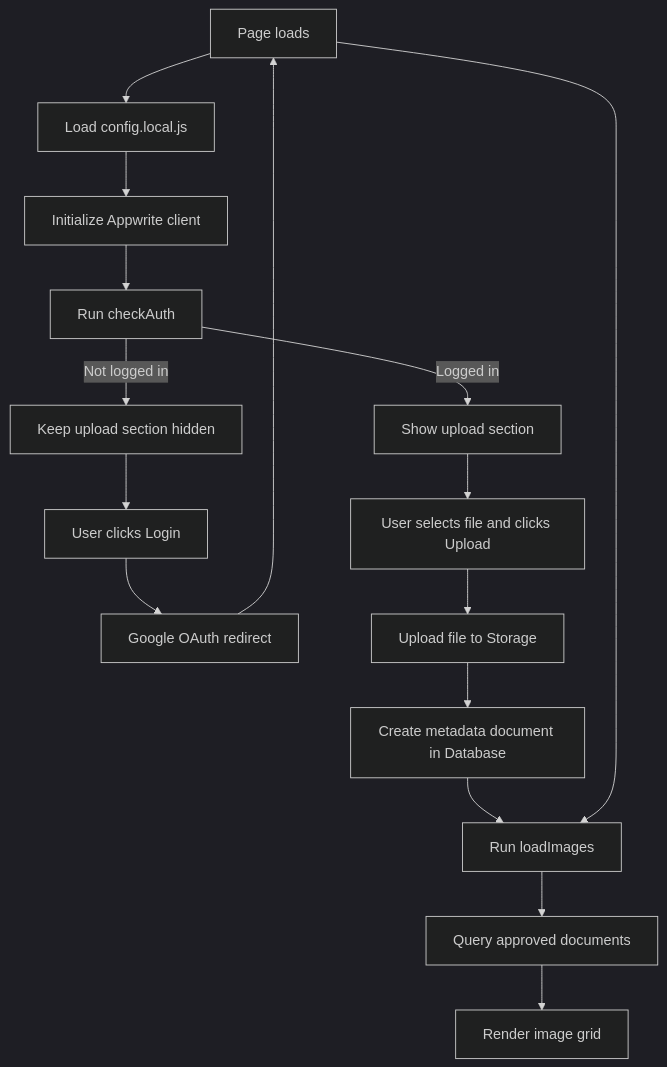
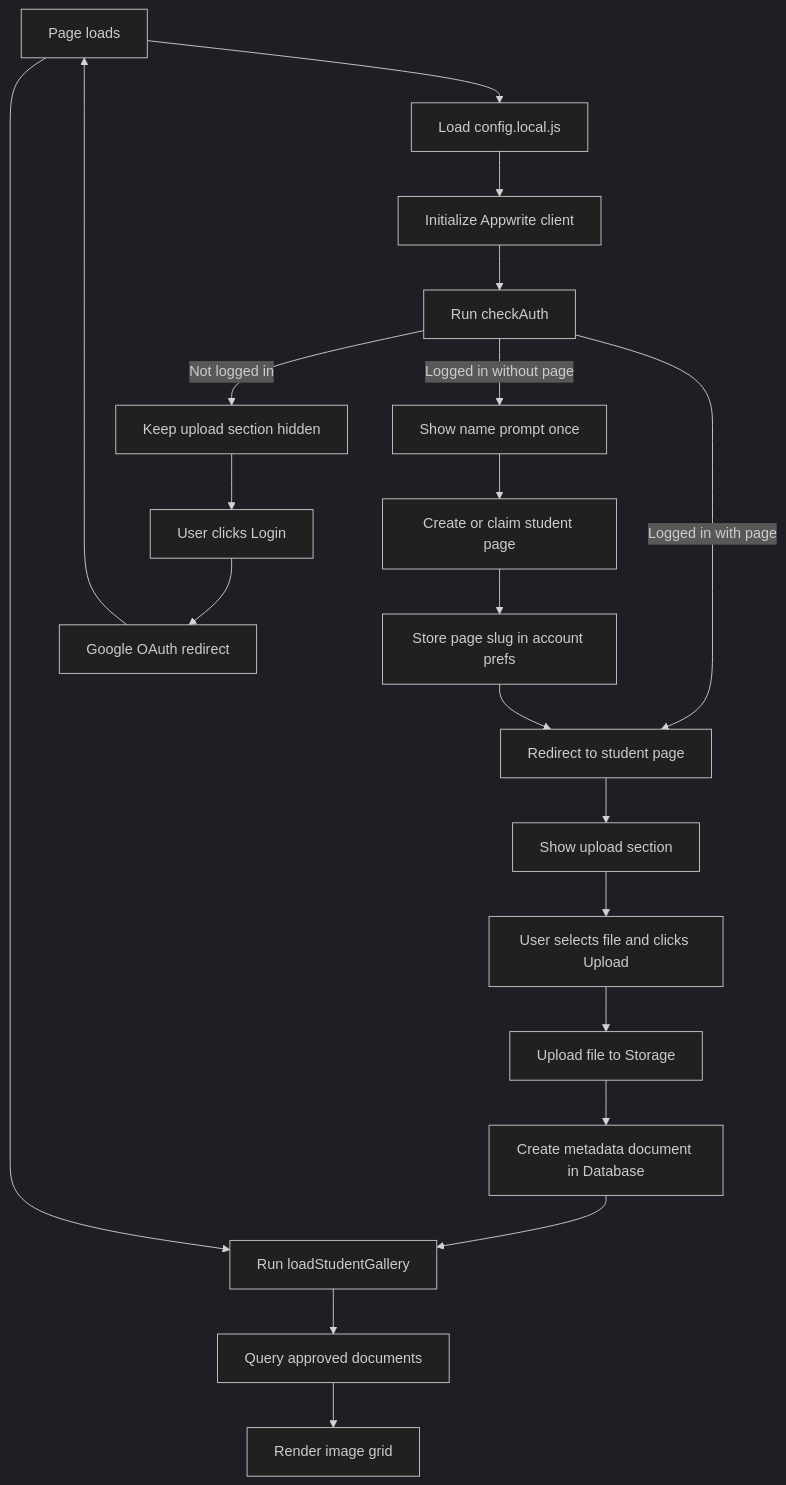
The first of 2 diagrams in README.md (sxn-star/psych-honours-2026), drawn with Mermaid (dark theme) before and after one commit. The commit also changed other lines of this file and 9 other files, not shown here.

Commit message:
Add first-login student onboarding flow with dynamic page routing

````diff
--- a/README.md
+++ b/README.md
@@ -49,18 +61,23 @@
 ```mermaid
 flowchart TD
 	A[Page loads] --> B[Load config.local.js]
 	B --> C[Initialize Appwrite client]
 	C --> D[Run checkAuth]
-	D -->|Logged in| E[Show upload section]
-	D -->|Not logged in| F[Keep upload section hidden]
-	E --> G[User selects file and clicks Upload]
-	F --> H[User clicks Login]
-	H --> I[Google OAuth redirect]
-	I --> A
-	G --> J[Upload file to Storage]
-	J --> K[Create metadata document in Database]
-	K --> L[Run loadImages]
-	A --> L
-	L --> M[Query approved documents]
-	M --> N[Render image grid]
+	D -->|Logged in with page| E[Redirect to student page]
+	D -->|Logged in without page| F[Show name prompt once]
+	D -->|Not logged in| G[Keep upload section hidden]
+	F --> H[Create or claim student page]
+	H --> I[Store page slug in account prefs]
+	I --> E
+	G --> J[User clicks Login]
+	J --> K[Google OAuth redirect]
+	K --> A
+	E --> L[Show upload section]
+	L --> M[User selects file and clicks Upload]
+	M --> N[Upload file to Storage]
+	N --> O[Create metadata document in Database]
+	O --> P[Run loadStudentGallery]
+	A --> P
+	P --> Q[Query approved documents]
+	Q --> R[Render image grid]
 ```
````
